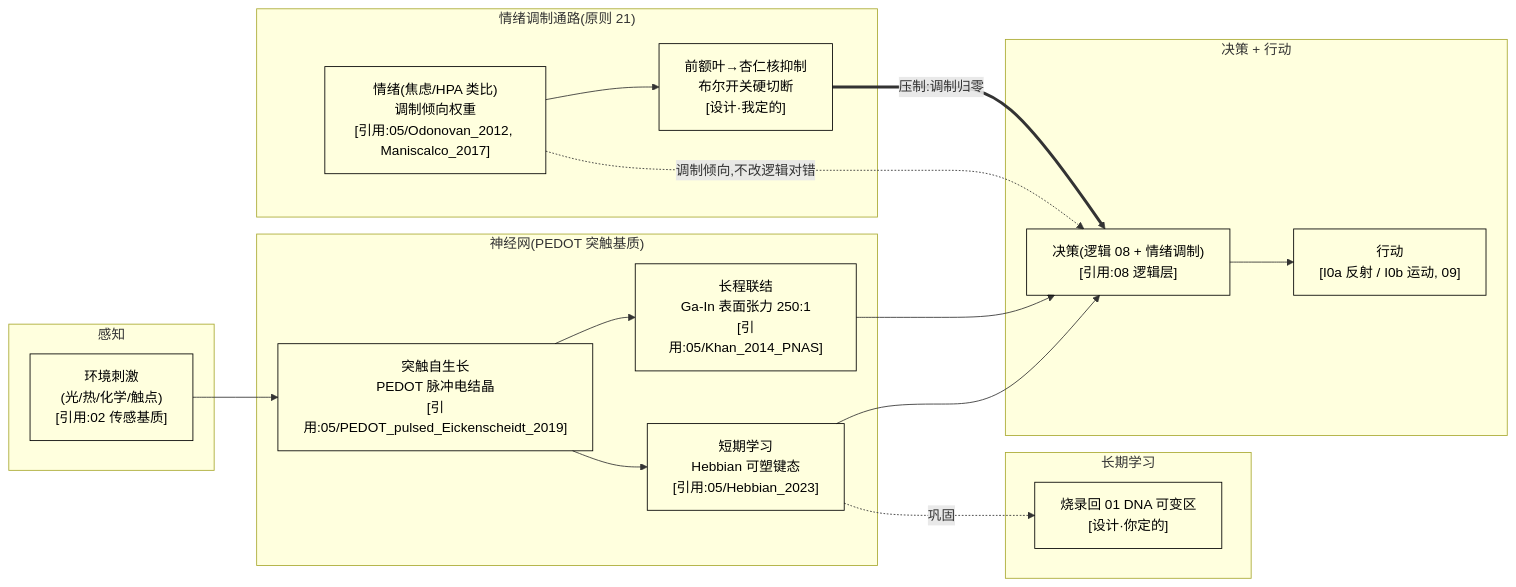
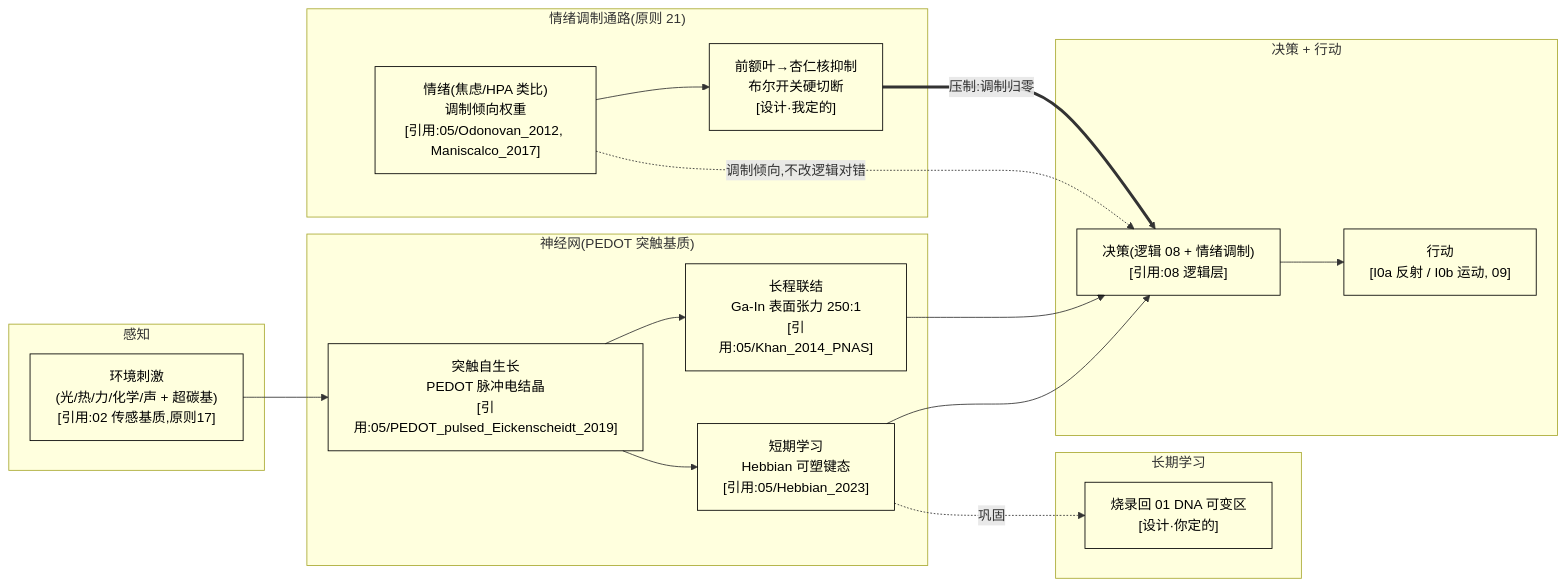
Before and after one commit to RichardASimon/Silicon-Biological-Blueprint: the first of 2 diagrams in 05_神经网络_设计.md, drawn with Mermaid. The commit also changed other lines of this file and 17 other files, not shown here.

````diff
--- a/05_神经网络_设计.md
+++ b/05_神经网络_设计.md
@@ -141,40 +141,40 @@
 ```mermaid
 flowchart LR
     subgraph IN["感知"]
-        S["环境刺激<br/>(光/热/化学/触点)<br/>[引用:02 传感基质]"]
+        S["环境刺激<br/>(光/热/力/化学/声 + 超碳基)<br/>[引用:02 传感基质,原则17]"]
     end
 
     subgraph NET["神经网(PEDOT 突触基质)"]
         T1["突触自生长<br/>PEDOT 脉冲电结晶<br/>[引用:05/PEDOT_pulsed_Eickenscheidt_2019]"]
         T2["长程联结<br/>Ga-In 表面张力 250:1<br/>[引用:05/Khan_2014_PNAS]"]
         T3["短期学习<br/>Hebbian 可塑键态<br/>[引用:05/Hebbian_2023]"]
         T1 --> T2
         T1 --> T3
     end
 
     subgraph EMOD["情绪调制通路(原则 21)"]
         E1["情绪(焦虑/HPA 类比)<br/>调制倾向权重<br/>[引用:05/Odonovan_2012, Maniscalco_2017]"]
         E2["前额叶→杏仁核抑制<br/>布尔开关硬切断<br/>[设计·我定的]"]
         E1 --> E2
     end
 
     subgraph OUT["决策 + 行动"]
         D["决策(逻辑 08 + 情绪调制)<br/>[引用:08 逻辑层]"]
         A["行动<br/>[I0a 反射 / I0b 运动, 09]"]
         D --> A
     end
 
     S --> T1
     T2 --> D
     T3 --> D
     E1 -.->|调制倾向,不改逻辑对错| D
     E2 ==>|压制:调制归零| D
 
     subgraph LONG["长期学习"]
         L["烧录回 01 DNA 可变区<br/>[设计·你定的]"]
     end
     T3 -.->|巩固| L
 
     classDef box fill:transparent,stroke:currentColor,color:currentColor
     class S,T1,T2,T3,E1,E2,D,A,L box
 ```
````
